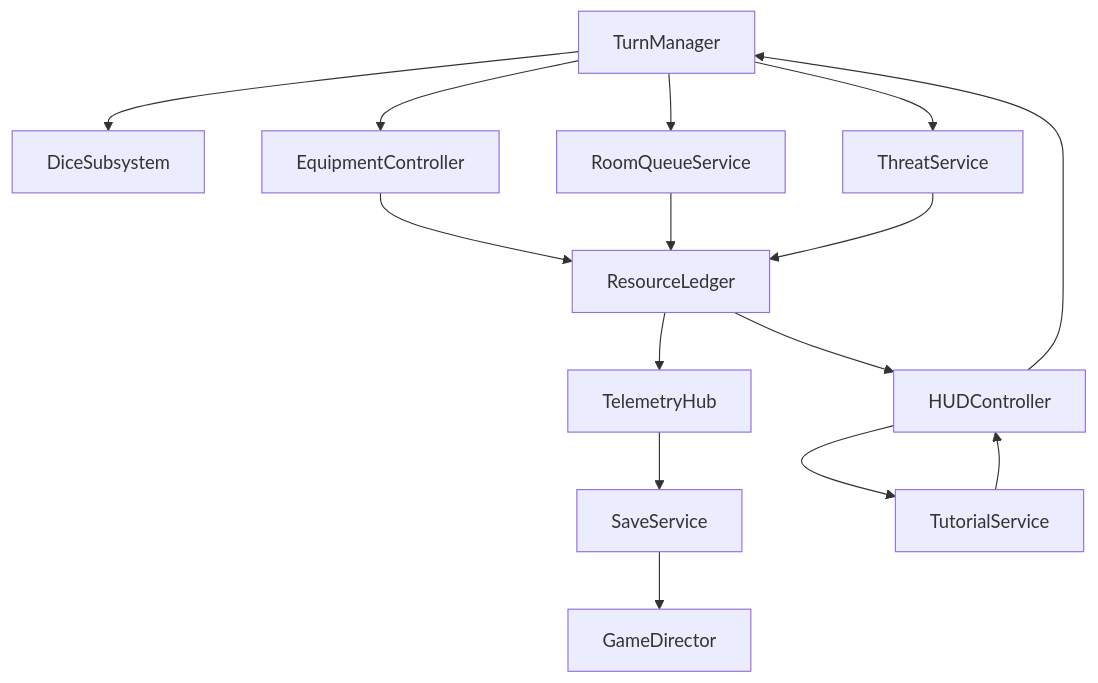
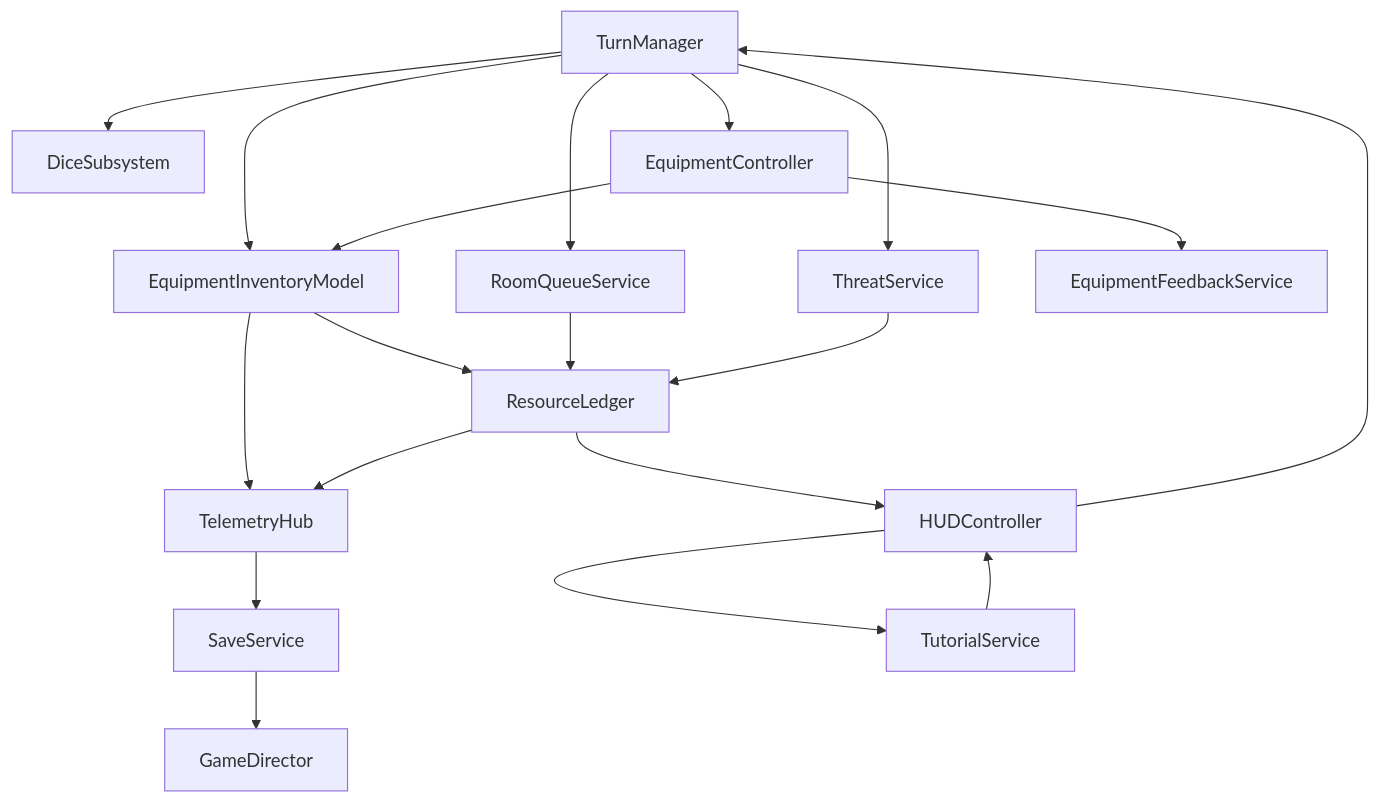
Before and after one commit to Cryotube/arkham_lite: the second of 4 diagrams in docs/architecture.md, drawn with Mermaid. The commit also changed other lines of this file and 19 other files, not shown here.

````diff
--- a/docs/architecture.md
+++ b/docs/architecture.md
@@ -192,17 +227,21 @@
 ```mermaid
 graph TD
     TurnManager --> DiceSubsystem
     TurnManager --> RoomQueueService
     TurnManager --> ThreatService
     TurnManager --> EquipmentController
-    EquipmentController --> ResourceLedger
+    TurnManager --> EquipmentInventoryModel
+    EquipmentController --> EquipmentInventoryModel
+    EquipmentController --> EquipmentFeedbackService
+    EquipmentInventoryModel --> ResourceLedger
+    EquipmentInventoryModel --> TelemetryHub
     RoomQueueService --> ResourceLedger
     ThreatService --> ResourceLedger
     ResourceLedger --> HUDController
     HUDController --> TurnManager
     ResourceLedger --> TelemetryHub
     TelemetryHub --> SaveService
     SaveService --> GameDirector
     TutorialService --> HUDController
     HUDController --> TutorialService
 ```
````
